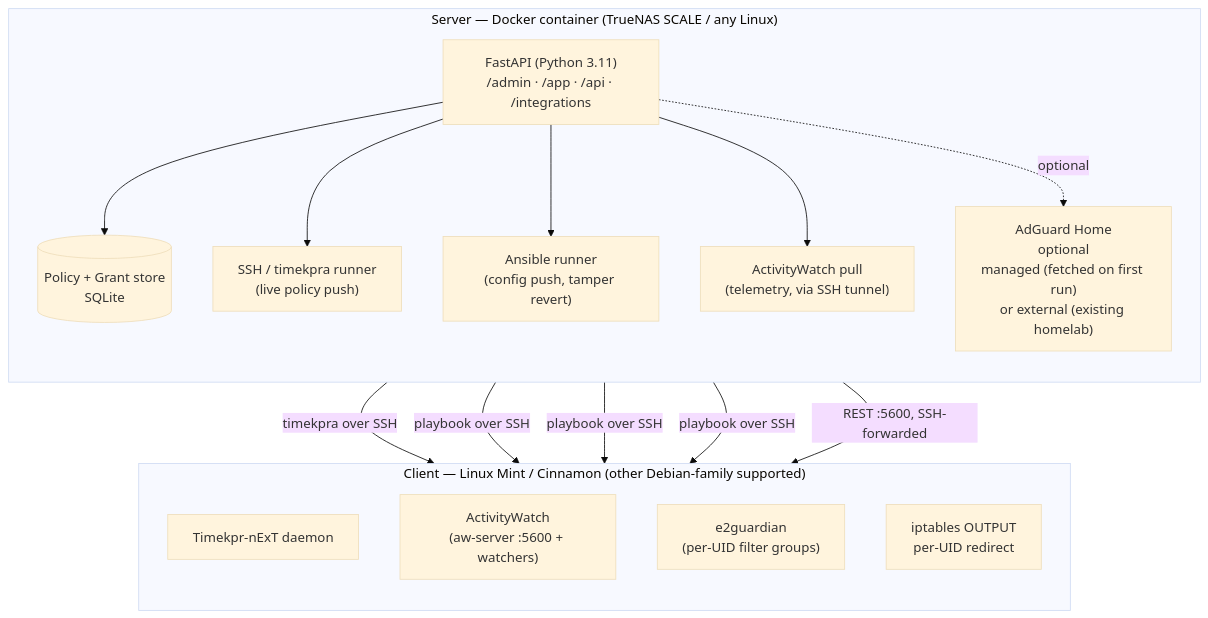
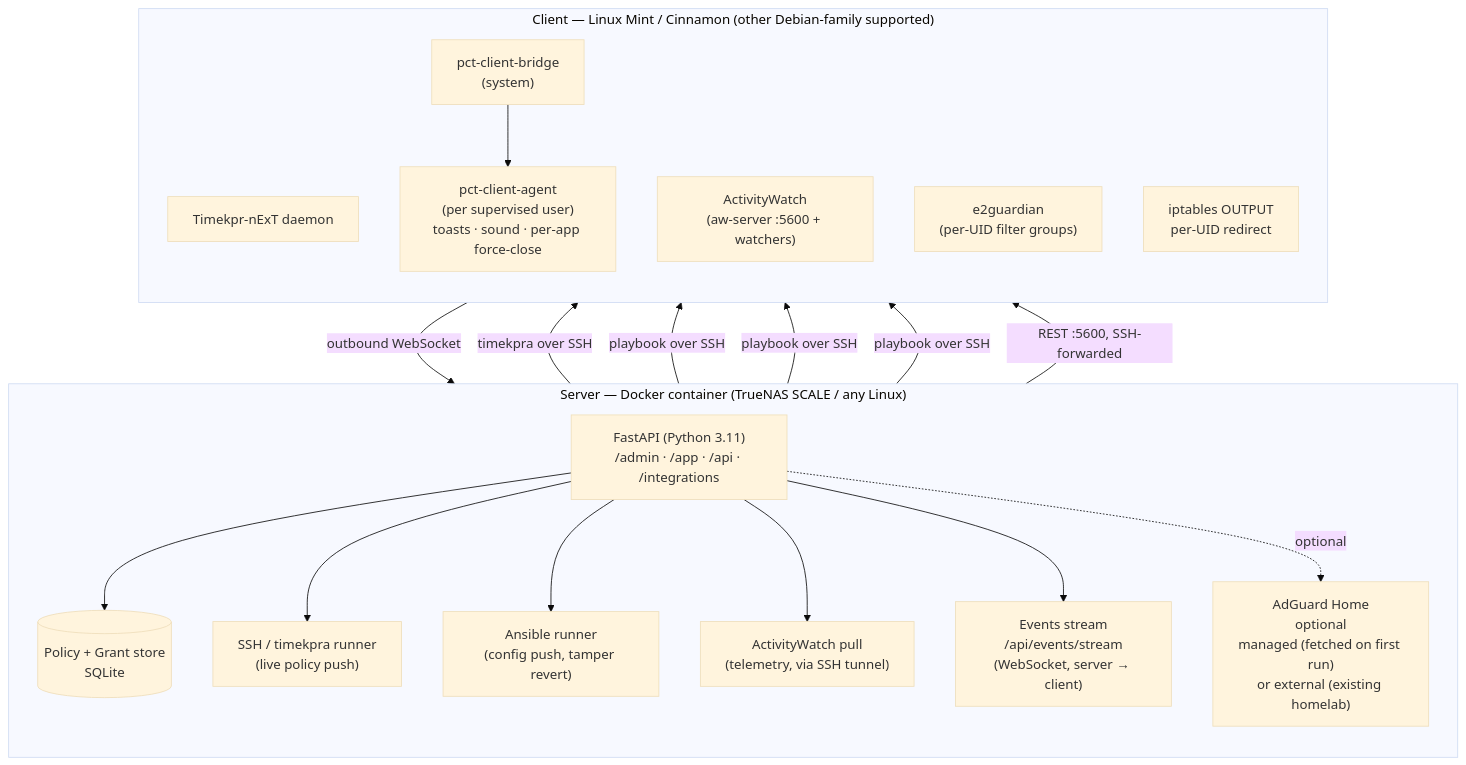
One commit to BenSeymourODB/linux-parental-controls-toolkit changed the diagram in README.md. Above: the diagram before and after it, drawn with Mermaid (base theme).

Commit message:
README: add events stream and client agent to the architecture diagram
The high-level diagram was missing the components introduced by
docs/client-notifications.md:

- Server side: the /api/events/stream WebSocket endpoint that pushes
  grant.applied / policy.changed / enforce.force_close events.
- Client side: pct-client-bridge (system service that holds the
  WebSocket) and pct-client-agent (per-user notifier and per-app
  enforcer).

The Bridge → Events edge is labelled "outbound WebSocket" because the
client initiates the connection (typical NAT setup).

https://claude.ai/code/session_01F3x2gqVARMe5on37Zo61eK

````diff
--- a/README.md
+++ b/README.md
@@ -103,31 +103,37 @@
 ```mermaid
 flowchart TB
     subgraph Server["Server — Docker container (TrueNAS SCALE / any Linux)"]
         direction TB
         FastAPI["FastAPI (Python 3.11)<br/>/admin · /app · /api · /integrations"]
         Store[("Policy + Grant store<br/>SQLite")]
         SSHRun["SSH / timekpra runner<br/>(live policy push)"]
         AnsRun["Ansible runner<br/>(config push, tamper revert)"]
         AWPull["ActivityWatch pull<br/>(telemetry, via SSH tunnel)"]
+        Events["Events stream<br/>/api/events/stream<br/>(WebSocket, server → client)"]
         AdGuard["AdGuard Home<br/>optional<br/>managed (fetched on first run)<br/>or external (existing homelab)"]
         FastAPI --> Store
         FastAPI --> SSHRun
         FastAPI --> AnsRun
         FastAPI --> AWPull
+        FastAPI --> Events
         FastAPI -.optional.-> AdGuard
     end
 
     subgraph Client["Client — Linux Mint / Cinnamon (other Debian-family supported)"]
         direction TB
         Timekpr["Timekpr-nExT daemon"]
         AW["ActivityWatch<br/>(aw-server :5600 + watchers)"]
         E2G["e2guardian<br/>(per-UID filter groups)"]
         IPT["iptables OUTPUT<br/>per-UID redirect"]
+        Bridge["pct-client-bridge<br/>(system)"]
+        Agent["pct-client-agent<br/>(per supervised user)<br/>toasts · sound · per-app force-close"]
+        Bridge --> Agent
     end
 
     SSHRun -->|timekpra over SSH| Timekpr
     AnsRun -->|playbook over SSH| E2G
     AnsRun -->|playbook over SSH| IPT
     AnsRun -->|playbook over SSH| AW
     AWPull -->|REST :5600, SSH-forwarded| AW
+    Bridge -->|outbound WebSocket| Events
 ```
````
